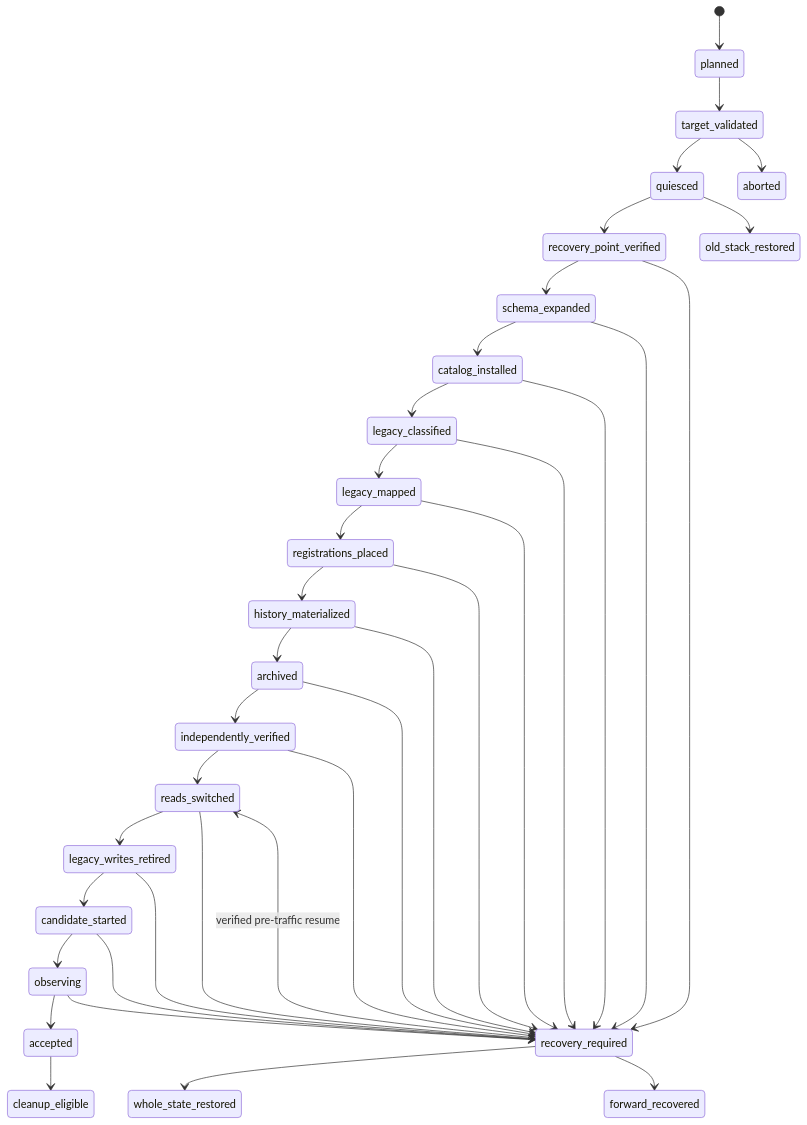
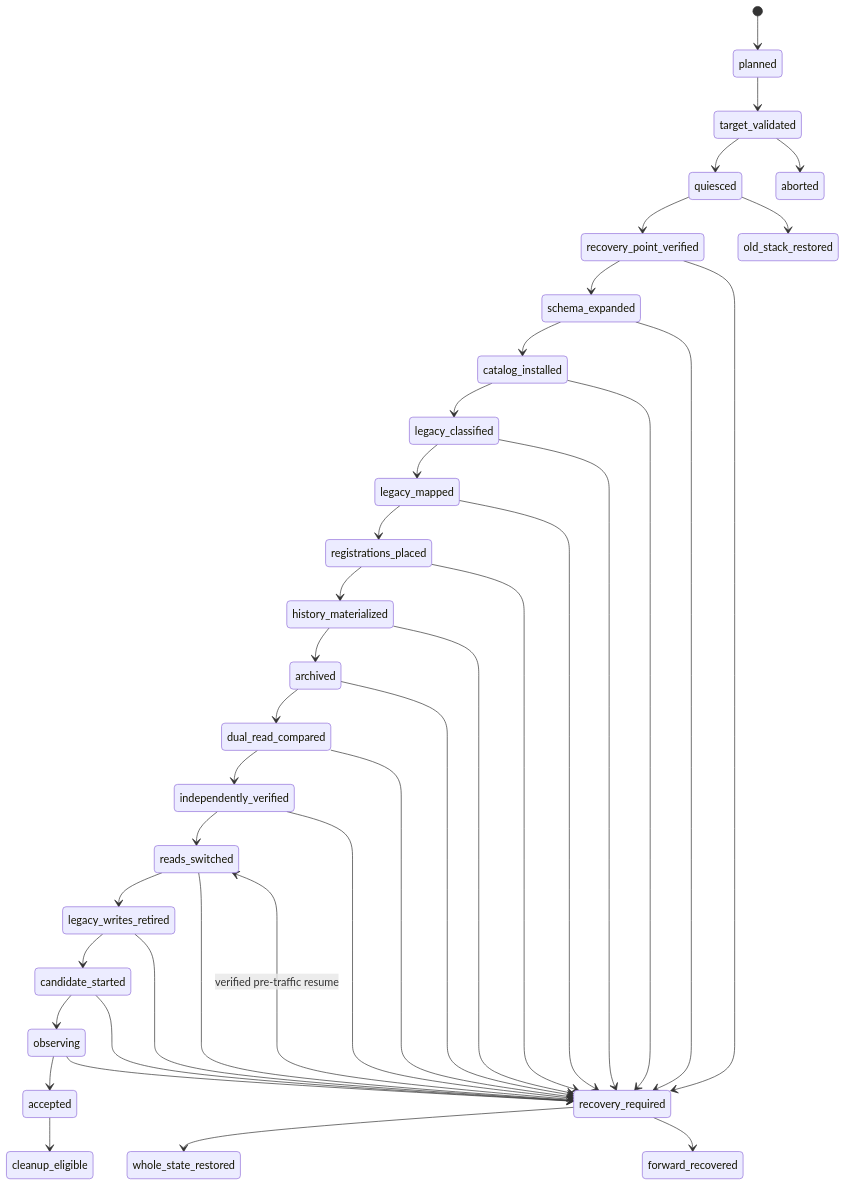
The diagram in docs/design-docs/parameter-catalog-cutover-archive-rollback.md (tzrea1-Q/WiseEff), drawn with Mermaid before and after one commit. The commit also changed other lines of this file and 4 other files, not shown here.

Commit message:
docs(parameters): require pre-switch dual-read gate

````diff
--- a/docs/design-docs/parameter-catalog-cutover-archive-rollback.md
+++ b/docs/design-docs/parameter-catalog-cutover-archive-rollback.md
@@ -55,40 +57,42 @@
 ```mermaid
 stateDiagram-v2
   [*] --> planned
   planned --> target_validated
   target_validated --> quiesced
   quiesced --> recovery_point_verified
   recovery_point_verified --> schema_expanded
   schema_expanded --> catalog_installed
   catalog_installed --> legacy_classified
   legacy_classified --> legacy_mapped
   legacy_mapped --> registrations_placed
   registrations_placed --> history_materialized
   history_materialized --> archived
-  archived --> independently_verified
+  archived --> dual_read_compared
+  dual_read_compared --> independently_verified
   independently_verified --> reads_switched
   reads_switched --> legacy_writes_retired
   legacy_writes_retired --> candidate_started
   candidate_started --> observing
   observing --> accepted
   accepted --> cleanup_eligible
 
   target_validated --> aborted
   quiesced --> old_stack_restored
   recovery_point_verified --> recovery_required
   schema_expanded --> recovery_required
   catalog_installed --> recovery_required
   legacy_classified --> recovery_required
   legacy_mapped --> recovery_required
   registrations_placed --> recovery_required
   history_materialized --> recovery_required
   archived --> recovery_required
+  dual_read_compared --> recovery_required
   independently_verified --> recovery_required
   reads_switched --> recovery_required
   legacy_writes_retired --> recovery_required
   candidate_started --> recovery_required
   observing --> recovery_required
   recovery_required --> whole_state_restored
   recovery_required --> forward_recovered
   recovery_required --> reads_switched: verified pre-traffic resume
 ```
````
